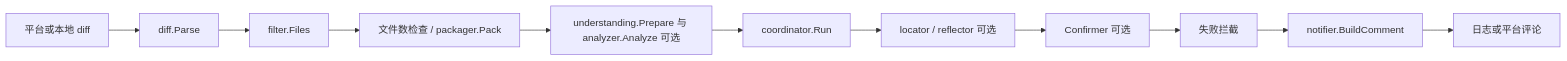
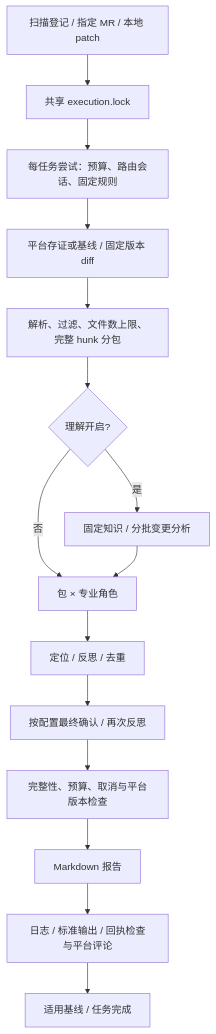
The diagram in 技术框架层级说明.md (wangzaidejianjiaoji/AI_IR_REPLAY), drawn with Mermaid before and after one commit. The commit also changed other lines of this file and 25 other files, not shown here.

````diff
--- a/技术框架层级说明.md
+++ b/技术框架层级说明.md
@@ -58,13 +70,17 @@
-~~~mermaid
-flowchart LR
-  A[平台或本地 diff] --> B[diff.Parse]
-  B --> C[filter.Files]
-  C --> D[文件数检查 / packager.Pack]
-  D --> E[understanding.Prepare 与 analyzer.Analyze 可选]
-  E --> F[coordinator.Run]
-  F --> G[locator / reflector 可选]
-  G --> H[Confirmer 可选]
-  H --> I[失败拦截]
-  I --> J[notifier.BuildComment]
-  J --> K[日志或平台评论]
-~~~
+```mermaid
+flowchart TD
+  A[扫描登记 / 指定 MR / 本地 patch] --> B[共享 execution.lock]
+  B --> C[每任务尝试：预算、路由会话、固定规则]
+  C --> D[平台存证或基线 / 固定版本 diff]
+  D --> E[解析、过滤、文件数上限、完整 hunk 分包]
+  E --> F{理解开启?}
+  F -->|是| G[固定知识 / 分批变更分析]
+  F -->|否| H[包 × 专业角色]
+  G --> H
+  H --> I[定位 / 反思 / 去重]
+  I --> J[按配置最终确认 / 再次反思]
+  J --> K[完整性、预算、取消与平台版本检查]
+  K --> L[Markdown 报告]
+  L --> M[日志 / 标准输出 / 回执检查与平台评论]
+  M --> N[适用基线 / 任务完成]
+```
````
